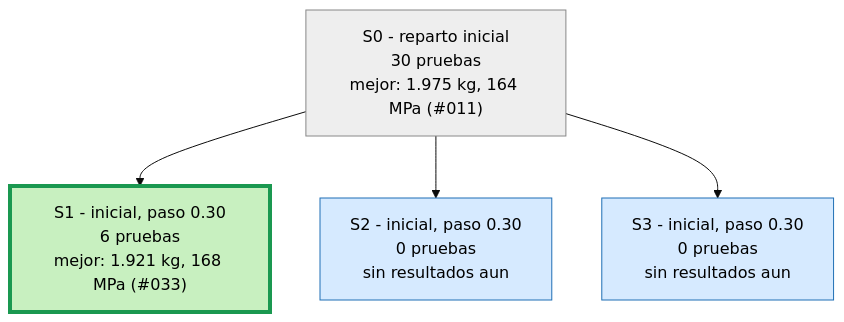
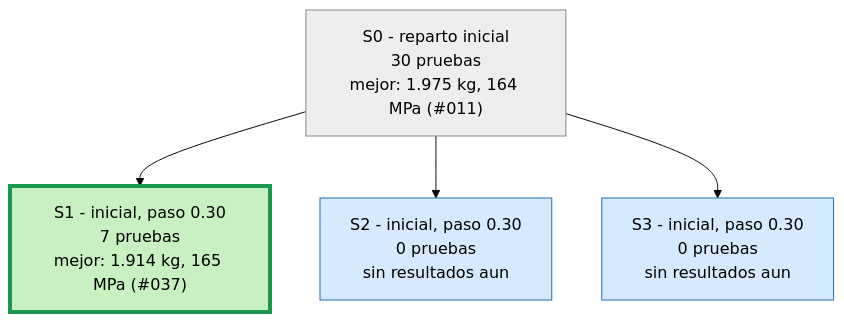
The first of 4 diagrams in runs/opt_37800N/ARBOL.md (Hugiko/msd-soporte-optimizacion), drawn with Mermaid (base theme) before and after one commit. The commit also changed 43 other files, not shown here.

Commit message:
NUEVO MEJOR DISENO: 1.914 kg, 165 MPa (SimJEB modificado 037)

````diff
--- a/runs/opt_37800N/ARBOL.md
+++ b/runs/opt_37800N/ARBOL.md
@@ -9,13 +9,13 @@
 ```mermaid
 graph TD
 classDef activa fill:#d6eaff,stroke:#1f6fb5,color:#000
 classDef fin fill:#eeeeee,stroke:#888,color:#000
 classDef mejor fill:#c8f0c0,stroke:#1a9850,stroke-width:4px,color:#000
 S0["S0 - reparto inicial<br/>30 pruebas<br/>mejor: 1.975 kg, 164 MPa (#011)"]:::fin
-S1["S1 - inicial, paso 0.30<br/>6 pruebas<br/>mejor: 1.921 kg, 168 MPa (#033)"]:::mejor
+S1["S1 - inicial, paso 0.30<br/>7 pruebas<br/>mejor: 1.914 kg, 165 MPa (#037)"]:::mejor
 S0 --> S1
 S2["S2 - inicial, paso 0.30<br/>0 pruebas<br/>sin resultados aun"]:::activa
 S0 --> S2
 S3["S3 - inicial, paso 0.30<br/>0 pruebas<br/>sin resultados aun"]:::activa
 S0 --> S3
 ```
````
